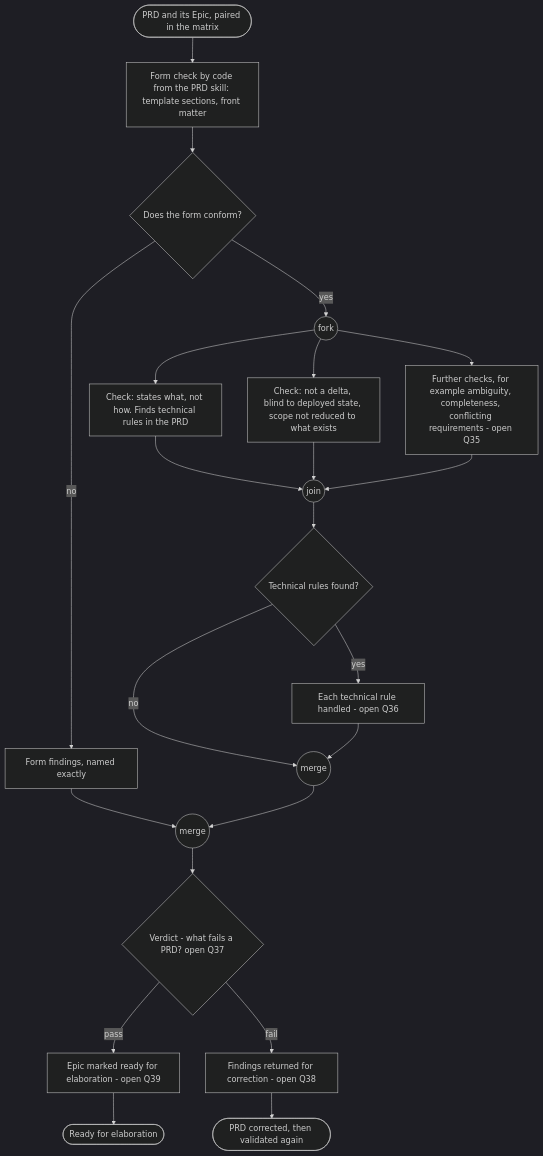
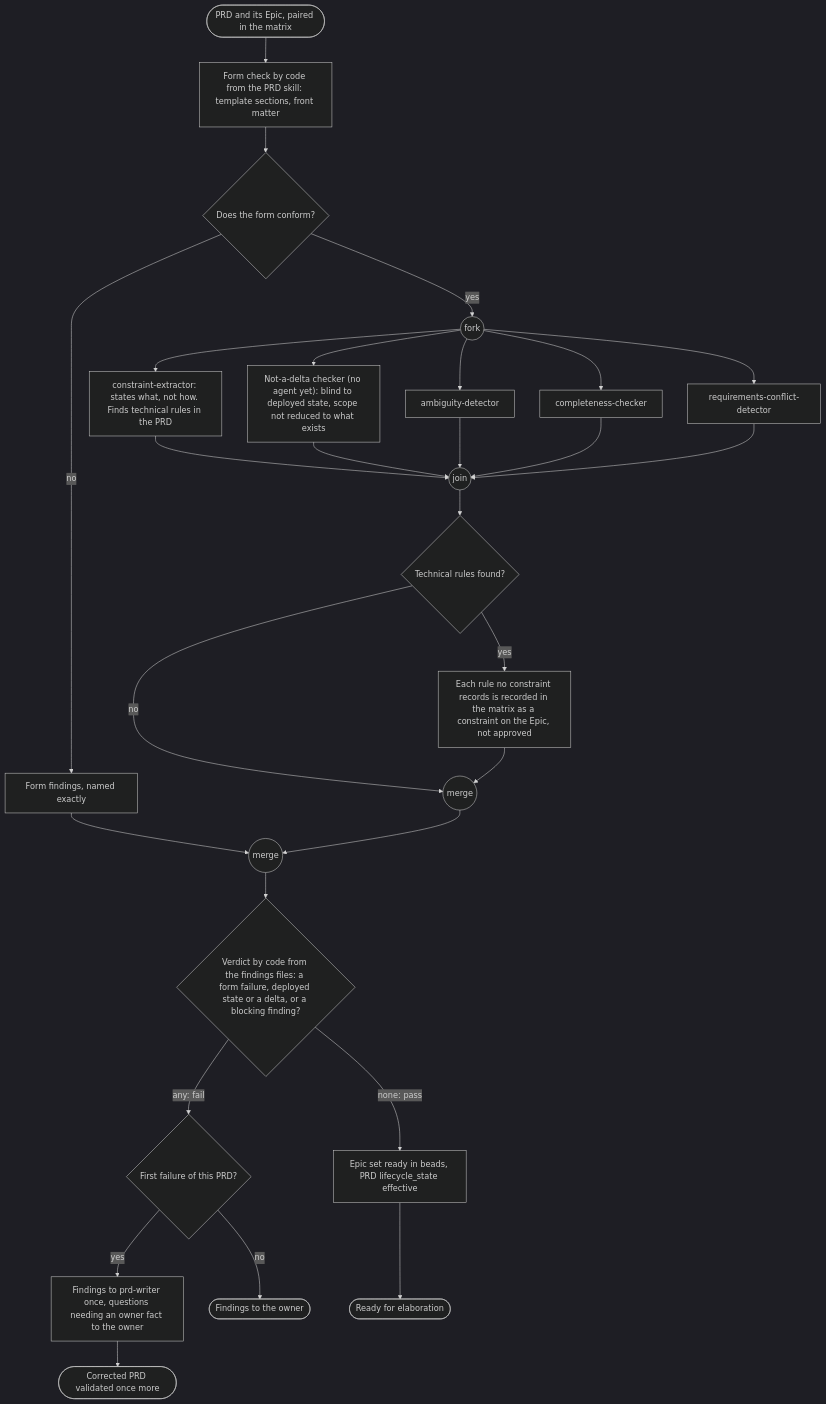
Before and after one commit to mark-satterfield/toolset: the fourth of 6 diagrams in plugins/agent-teams-workforce/blueprint/design/pipelines-prd.md, drawn with Mermaid (dark theme). The commit also changed other lines of this file and 2 other files, not shown here.

First line of the commit message:
docs(blueprint): decide the driver, PRD and deploy questions that are not the owner's

````diff
--- a/plugins/agent-teams-workforce/blueprint/design/pipelines-prd.md
+++ b/plugins/agent-teams-workforce/blueprint/design/pipelines-prd.md
@@ -266,24 +319,30 @@
 ```mermaid
 flowchart TD
     s(["PRD and its Epic, paired in the matrix"]) --> form["Form check by code from the PRD skill: template sections, front matter"]
     form --> formOk{"Does the form conform?"}
     formOk -->|"no"| formFind["Form findings, named exactly"]
     formOk -->|"yes"| fork(("fork"))
-    fork --> what["Check: states what, not how. Finds technical rules in the PRD"]
-    fork --> delta["Check: not a delta, blind to deployed state, scope not reduced to what exists"]
-    fork --> other["Further checks, for example ambiguity, completeness, conflicting requirements - open Q35"]
+    fork --> what["constraint-extractor: states what, not how. Finds technical rules in the PRD"]
+    fork --> delta["Not-a-delta checker (no agent yet): blind to deployed state, scope not reduced to what exists"]
+    fork --> amb["ambiguity-detector"]
+    fork --> comp["completeness-checker"]
+    fork --> conf["requirements-conflict-detector"]
     what --> join(("join"))
     delta --> join
-    other --> join
+    amb --> join
+    comp --> join
+    conf --> join
     join --> tech{"Technical rules found?"}
-    tech -->|"yes"| handle["Each technical rule handled - open Q36"]
+    tech -->|"yes"| record["Each rule no constraint records is recorded in the matrix as a constraint on the Epic, not approved"]
     tech -->|"no"| m1(("merge"))
-    handle --> m1
+    record --> m1
     formFind --> m2(("merge"))
     m1 --> m2
-    m2 --> verdict{"Verdict - what fails a PRD? open Q37"}
-    verdict -->|"pass"| ready["Epic marked ready for elaboration - open Q39"]
-    verdict -->|"fail"| back["Findings returned for correction - open Q38"]
+    m2 --> verdict{"Verdict by code from the findings files: a form failure, deployed state or a delta, or a blocking finding?"}
+    verdict -->|"none: pass"| ready["Epic set ready in beads, PRD lifecycle_state effective"]
+    verdict -->|"any: fail"| first{"First failure of this PRD?"}
+    first -->|"yes"| back["Findings to prd-writer once, questions needing an owner fact to the owner"]
+    first -->|"no"| owner(["Findings to the owner"])
+    back --> e2(["Corrected PRD validated once more"])
     ready --> e1(["Ready for elaboration"])
-    back --> e2(["PRD corrected, then validated again"])
 ```
````
